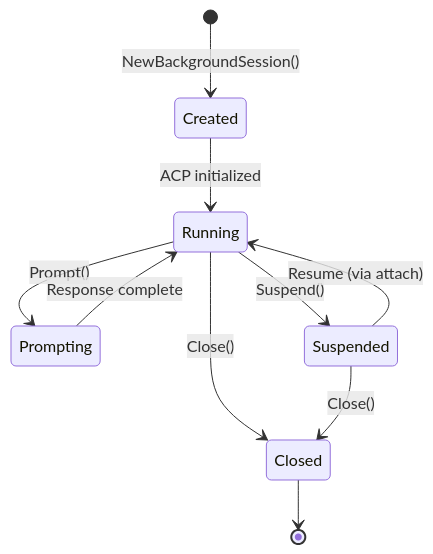
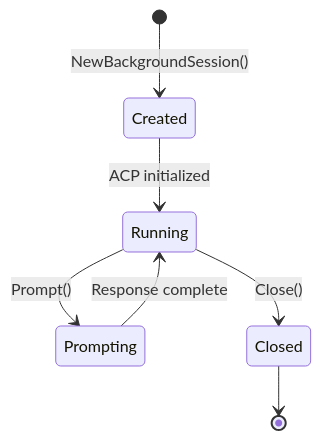
Before and after one commit to inercia/mitto: the first of 2 diagrams in .augment/rules/05-web-backend.md, drawn with Mermaid. The commit also changed other lines of this file and 4 other files, not shown here.

````diff
--- a/.augment/rules/05-web-backend.md
+++ b/.augment/rules/05-web-backend.md
@@ -119,12 +190,9 @@
 ```mermaid
 stateDiagram-v2
     [*] --> Created: NewBackgroundSession()
     Created --> Running: ACP initialized
     Running --> Prompting: Prompt()
     Prompting --> Running: Response complete
-    Running --> Suspended: Suspend()
-    Suspended --> Running: Resume (via attach)
     Running --> Closed: Close()
-    Suspended --> Closed: Close()
     Closed --> [*]
 ```
````
